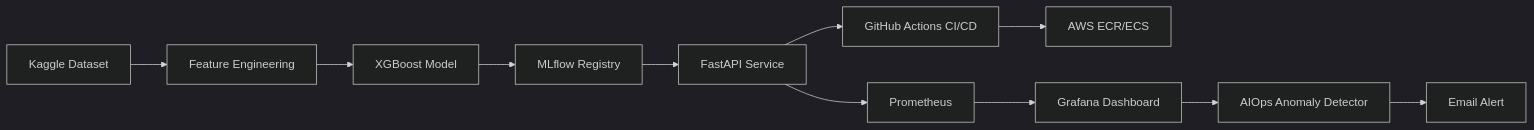
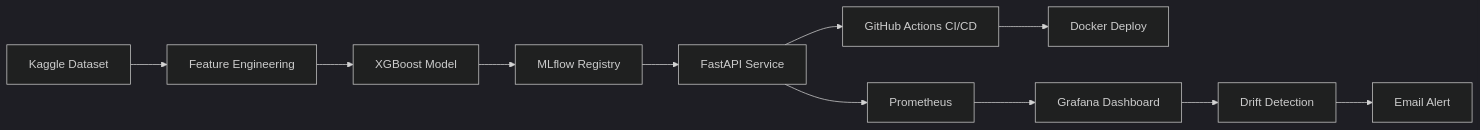
One commit to nanthansr/mlops-fraud-pipeline changed the diagram in README.md. Above: the diagram before and after it, drawn with Mermaid (dark theme). The commit also changed other lines of this file and 5 other files, not shown here.

````diff
--- a/README.md
+++ b/README.md
@@ -12,13 +17,13 @@
 ```mermaid
 graph LR
     A[Kaggle Dataset] --> B[Feature Engineering]
     B --> C[XGBoost Model]
     C --> D[MLflow Registry]
     D --> E[FastAPI Service]
     E --> F[GitHub Actions CI/CD]
     E --> G[Prometheus]
-    F --> H[AWS ECR/ECS]
+    F --> H[Docker Deploy]
     G --> I[Grafana Dashboard]
-    I --> J[AIOps Anomaly Detector]
+    I --> J[Drift Detection]
     J --> K[Email Alert]
 ```
````
